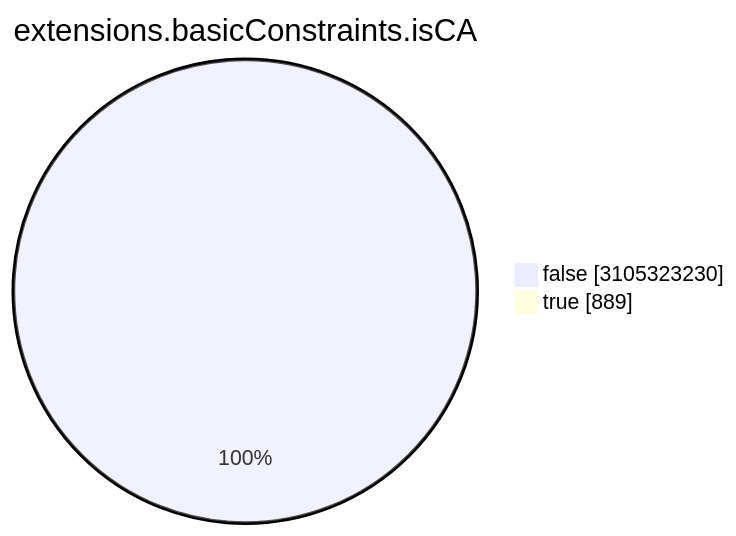
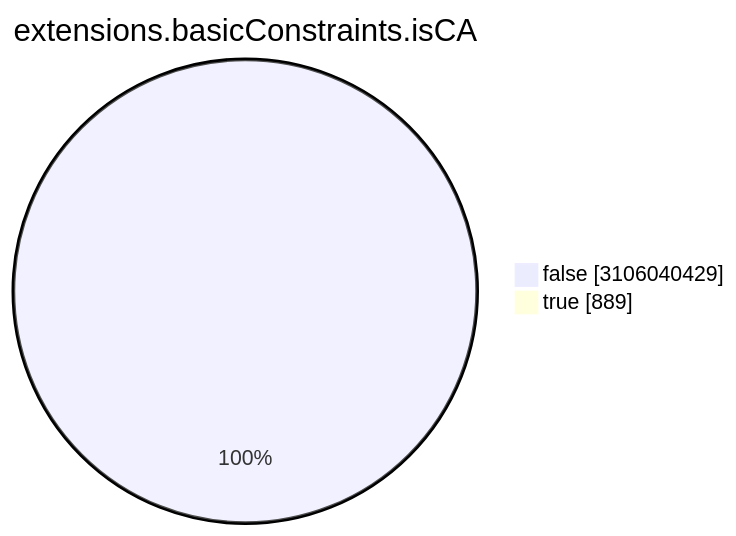
The seventh of 15 diagrams in TOTAL/README.md (christiankrug/ctmonitor_visualization), drawn with Mermaid before and after one commit. The commit also changed other lines of this file, not shown here.

````diff
--- a/TOTAL/README.md
+++ b/TOTAL/README.md
@@ -3088,6 +3088,6 @@
 ```mermaid
 pie showData
 title extensions.basicConstraints.isCA
-"false" :3105323230
+"false" :3106040429
 "true" :889
 ```
````
